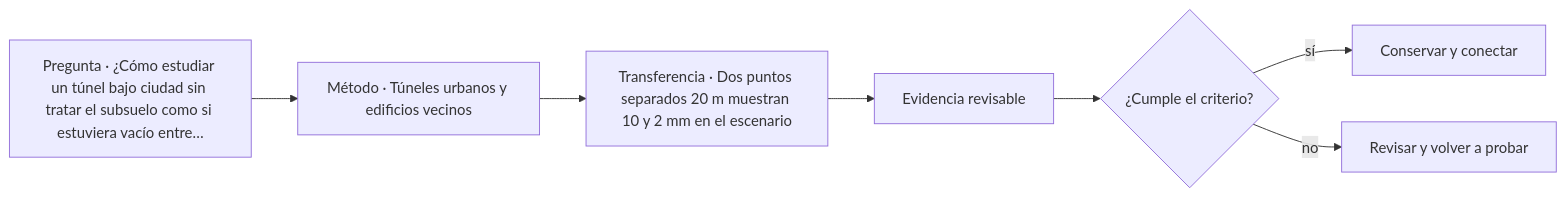
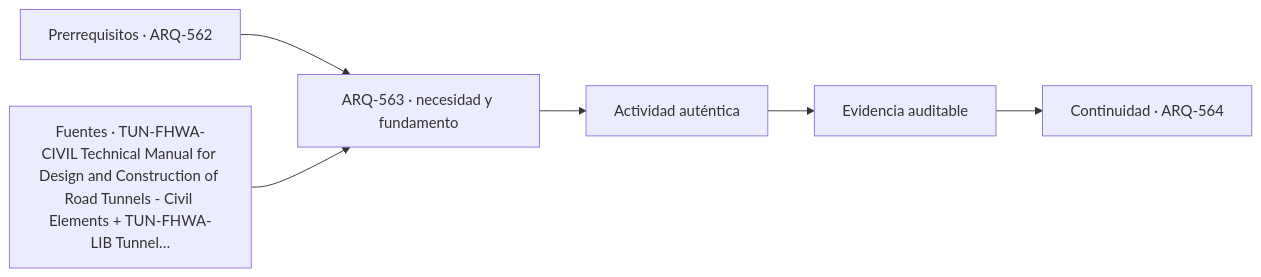
The diagram in classes/parte-57/ARQ-563.md (vladimiracunadev-create/architecture-built-environment-learning-program), drawn with Mermaid before and after one commit. The commit also changed other lines of this file and 761 other files, not shown here.

````diff
--- a/classes/parte-57/ARQ-563.md
+++ b/classes/parte-57/ARQ-563.md
@@ -105,9 +117,8 @@
 ```mermaid
 flowchart LR
-    Q["Pregunta · ¿Cómo estudiar un túnel bajo ciudad sin tratar el subsuelo como si estuviera vacío entre…"] --> M["Método · Túneles urbanos y edificios vecinos"]
-    M --> P["Transferencia · Dos puntos separados 20 m muestran 10 y 2 mm en el escenario"]
-    P --> E["Evidencia revisable"]
-    E --> C{"¿Cumple el criterio?"}
-    C -->|sí| T["Conservar y conectar"]
-    C -->|no| R["Revisar y volver a probar"]
+    A["Prerrequisitos · ARQ-562"] --> B["ARQ-563 · necesidad y fundamento"]
+    S["Fuentes · TUN-FHWA-CIVIL Technical Manual for Design and Construction of Road Tunnels - Civil Elements + TUN-FHWA-LIB Tunnel…"] --> B
+    B --> C["Actividad auténtica"]
+    C --> D["Evidencia auditable"]
+    D --> E["Continuidad · ARQ-564"]
 ```
````
